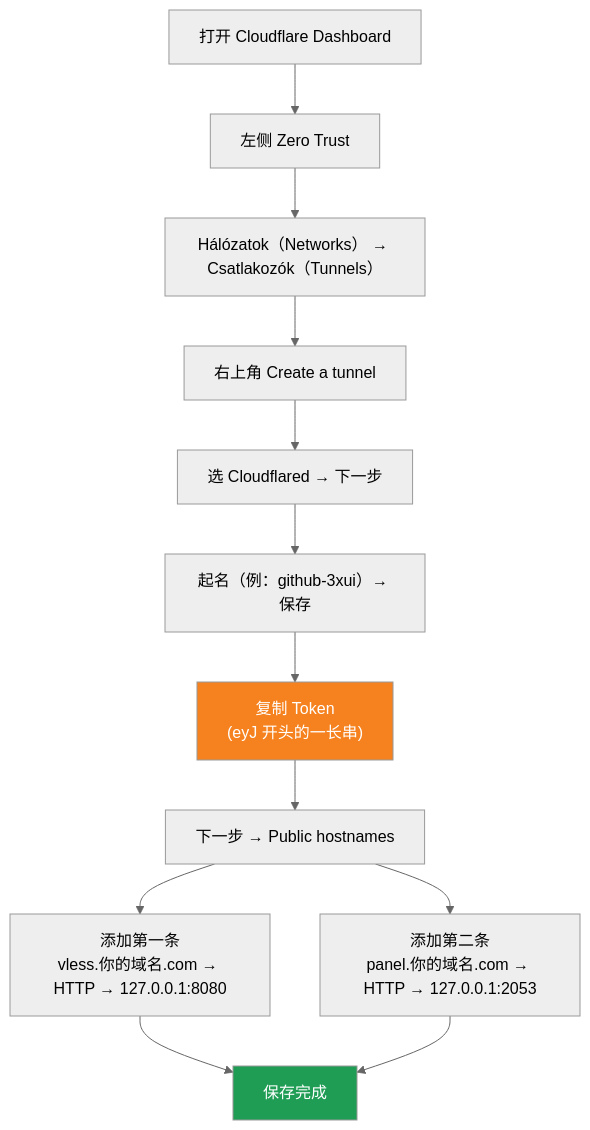
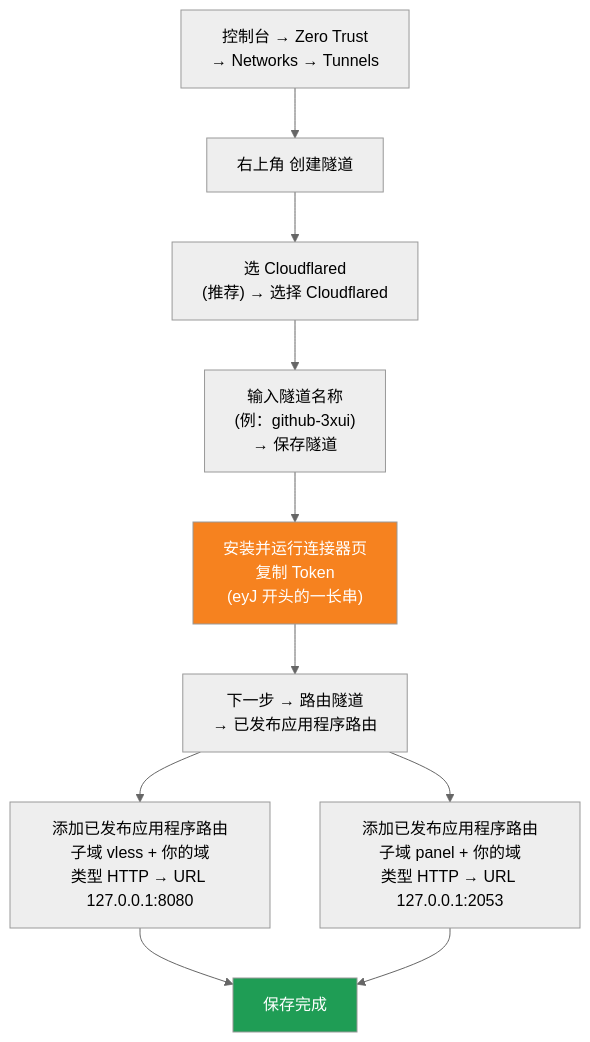
The third of 3 diagrams in README.hu.md (1246437945/cloud-3xui), drawn with Mermaid (neutral theme) before and after one commit. The commit also changed other lines of this file, not shown here.

````diff
--- a/README.hu.md
+++ b/README.hu.md
@@ -72,17 +72,15 @@
 ```mermaid
 flowchart TD
-    A["打开 Cloudflare Dashboard"] --> B["左侧 Zero Trust"]
-    B --> C["Hálózatok（Networks） → Csatlakozók（Tunnels）"]
-    C --> D["右上角 Create a tunnel"]
-    D --> E["选 Cloudflared → 下一步"]
-    E --> F["起名（例：github-3xui）→ 保存"]
-    F --> G["复制 Token<br/>(eyJ 开头的一长串)"]
-    G --> H["下一步 → Public hostnames"]
-    H --> I["添加第一条<br/>vless.你的域名.com → HTTP → 127.0.0.1:8080"]
-    H --> J["添加第二条<br/>panel.你的域名.com → HTTP → 127.0.0.1:2053"]
-    I --> K["保存完成"]
-    J --> K
+    A["控制台 → Zero Trust<br/>→ Networks → Tunnels"] --> B["右上角 创建隧道"]
+    B --> C["选 Cloudflared<br/>(推荐) → 选择 Cloudflared"]
+    C --> D["输入隧道名称<br/>(例：github-3xui)<br/>→ 保存隧道"]
+    D --> E["安装并运行连接器页<br/>复制 Token<br/>(eyJ 开头的一长串)"]
+    E --> F["下一步 → 路由隧道<br/>→ 已发布应用程序路由"]
+    F --> G["添加已发布应用程序路由<br/>子域 vless + 你的域<br/>类型 HTTP → URL 127.0.0.1:8080"]
+    F --> H["添加已发布应用程序路由<br/>子域 panel + 你的域<br/>类型 HTTP → URL 127.0.0.1:2053"]
+    G --> I["保存完成"]
+    H --> I
 
-    style G fill:#f6821f,color:#fff
-    style K fill:#1f9d55,color:#fff
+    style E fill:#f6821f,color:#fff
+    style I fill:#1f9d55,color:#fff
 ```
````
